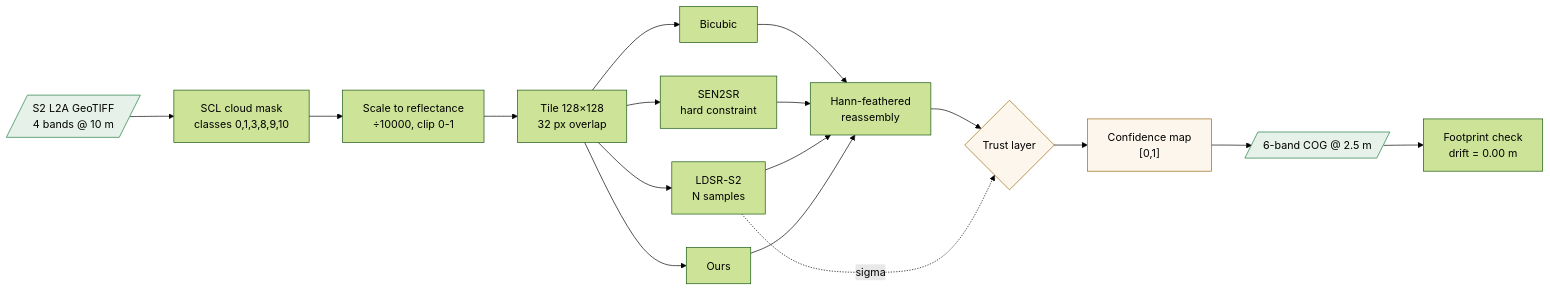
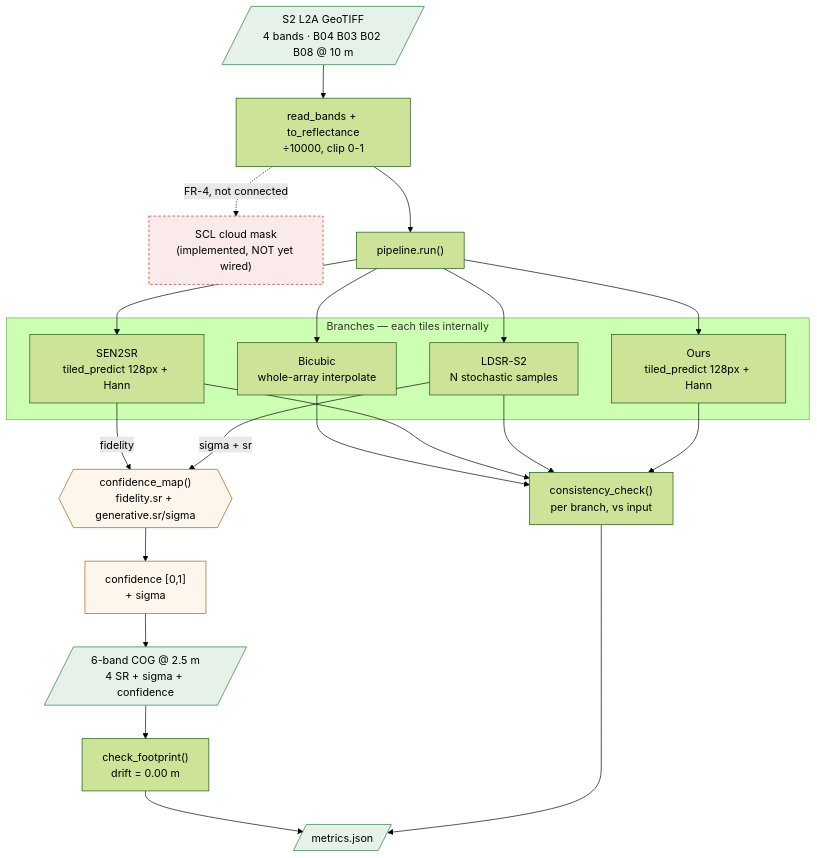
Before and after one commit to Vaibhav-Verma2115/sutram-srm: the third of 7 diagrams in docs/diagrams.md, drawn with Mermaid (forest theme). The commit also changed other lines of this file, not shown here.

Commit message:
Correct data-flow diagram against actual implementation
Three fixes: tiling happens inside the branches that need it rather than as a
separate stage; the trust layer consumes the fidelity and generative branches
specifically, not all four; and SCL cloud masking is marked as a gap -- it is
implemented in preprocess/prepare.py but never called by run_inference.py, so
SRS FR-4 is specified but not connected.

````diff
--- a/docs/diagrams.md
+++ b/docs/diagrams.md
@@ -158,30 +165,37 @@
 ```mermaid
-flowchart LR
-    A[/"S2 L2A GeoTIFF<br/>4 bands @ 10 m"/]
-    B["SCL cloud mask<br/>classes 0,1,3,8,9,10"]
-    C["Scale to reflectance<br/>÷10000, clip 0-1"]
-    D["Tile 128×128<br/>32 px overlap"]
+flowchart TB
+    A[/"S2 L2A GeoTIFF<br/>4 bands · B04 B03 B02 B08 @ 10 m"/]
+    B["read_bands + to_reflectance<br/>÷10000, clip 0-1"]
+    SCL["SCL cloud mask<br/>(implemented, NOT yet wired)"]
 
-    E1["Bicubic"]
-    E2["SEN2SR<br/>hard constraint"]
-    E3["LDSR-S2<br/>N samples"]
-    E4["Ours"]
+    subgraph BR["Branches — each tiles internally"]
+        E1["Bicubic<br/>whole-array interpolate"]
+        E2["SEN2SR<br/>tiled_predict 128px + Hann"]
+        E4["Ours<br/>tiled_predict 128px + Hann"]
+        E3["LDSR-S2<br/>N stochastic samples"]
+    end
 
-    F["Hann-feathered<br/>reassembly"]
-    G{"Trust layer"}
-    H["Confidence map<br/>[0,1]"]
-    I[/"6-band COG @ 2.5 m"/]
-    J["Footprint check<br/>drift = 0.00 m"]
+    P["pipeline.run()"]
+    G{{"confidence_map()<br/>fidelity.sr + generative.sr/sigma"}}
+    C["consistency_check()<br/>per branch, vs input"]
+    H["confidence [0,1]<br/>+ sigma"]
+    I[/"6-band COG @ 2.5 m<br/>4 SR + sigma + confidence"/]
+    J["check_footprint()<br/>drift = 0.00 m"]
+    M[/"metrics.json"/]
 
-    A --> B --> C --> D
-    D --> E1 & E2 & E3 & E4
-    E1 & E2 & E3 & E4 --> F --> G
-    E3 -. "sigma" .-> G
-    G --> H --> I
-    I --> J
+    A --> B --> P
+    B -.->|"FR-4, not connected"| SCL
+    P --> E1 & E2 & E4 & E3
+    E2 -->|"fidelity"| G
+    E3 -->|"sigma + sr"| G
+    E1 & E2 & E3 & E4 --> C
+    G --> H --> I --> J --> M
+    C --> M
 
     classDef io fill:#e6f2e9,stroke:#1d7a3e
     classDef trust fill:#fdf6ec,stroke:#96650d
-    class A,I io
+    classDef gap fill:#fbeaea,stroke:#b3341f,stroke-dasharray:4 3
+    class A,I,M io
     class G,H trust
+    class SCL gap
 ```
````
